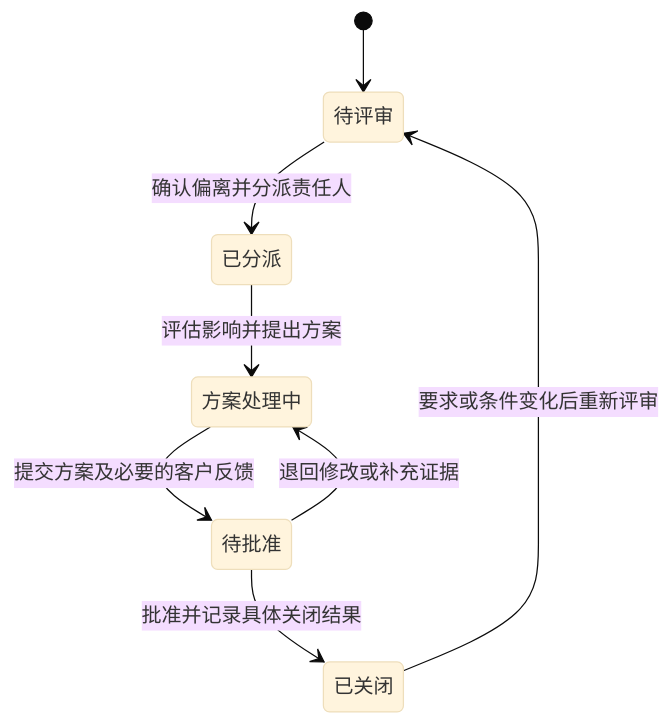
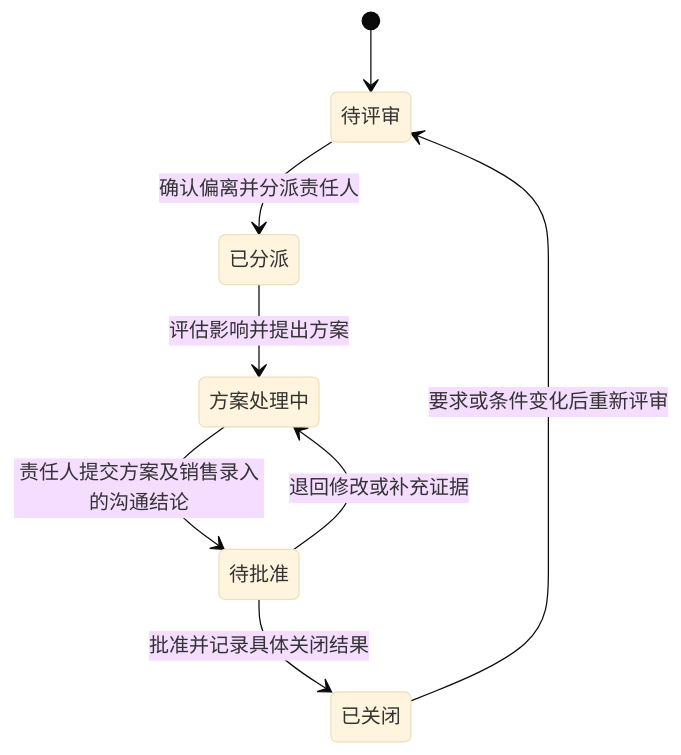
Before and after one commit to mingming11115/fep-rfq-agent: the third of 4 diagrams in FEP销售RFQ提效Agent_PRD_v0.1.md, drawn with Mermaid (base theme). The commit also changed other lines of this file, not shown here.

````diff
--- a/FEP销售RFQ提效Agent_PRD_v0.1.md
+++ b/FEP销售RFQ提效Agent_PRD_v0.1.md
@@ -211,15 +329,15 @@
 ```mermaid
 stateDiagram-v2
     state "待评审" as Pending
     state "已分派" as Assigned
     state "方案处理中" as Processing
     state "待批准" as Approval
     state "已关闭" as Closed
     [*] --> Pending
     Pending --> Assigned: 确认偏离并分派责任人
     Assigned --> Processing: 评估影响并提出方案
-    Processing --> Approval: 提交方案及必要的客户反馈
+    Processing --> Approval: 责任人提交方案及销售录入的沟通结论
     Approval --> Processing: 退回修改或补充证据
     Approval --> Closed: 批准并记录具体关闭结果
     Closed --> Pending: 要求或条件变化后重新评审
 ```
````
